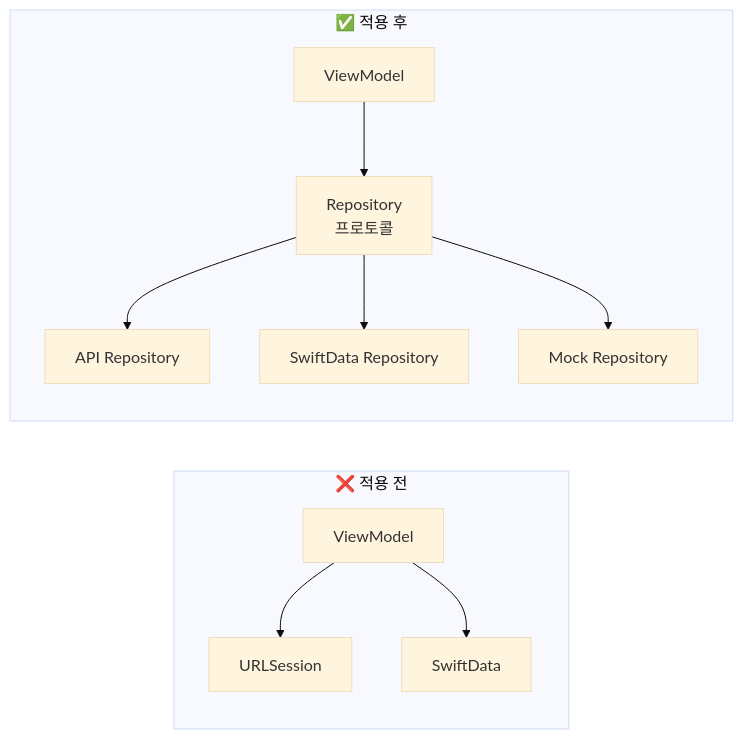
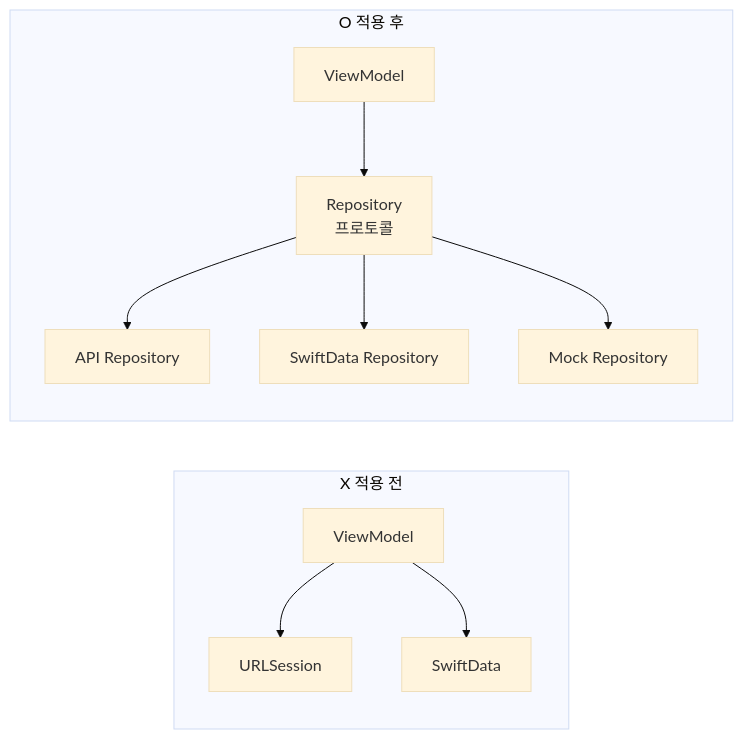
One commit to jsonpassion/forge-tutorial-swift changed the first of 3 diagrams in 08-architecture/02-repository.md. Above: the diagram before and after it, drawn with Mermaid (base theme). The commit also changed 69 other files, not shown here.

````diff
--- a/08-architecture/02-repository.md
+++ b/08-architecture/02-repository.md
@@ -11,13 +11,13 @@
 ```mermaid
 flowchart LR
-    subgraph before["❌ 적용 전"]
+    subgraph before["X 적용 전"]
         VM1["ViewModel"] --> API1["URLSession"]
         VM1 --> DB1["SwiftData"]
     end
-    subgraph after["✅ 적용 후"]
-        VM2["ViewModel"] --> P["Repository\n프로토콜"]
+    subgraph after["O 적용 후"]
+        VM2["ViewModel"] --> P["Repository<br/>프로토콜"]
         P --> API2["API Repository"]
         P --> DB2["SwiftData Repository"]
         P --> Mock["Mock Repository"]
     end
 ```
````
